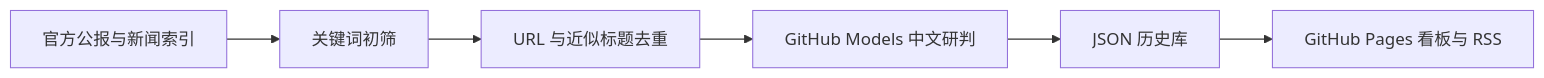
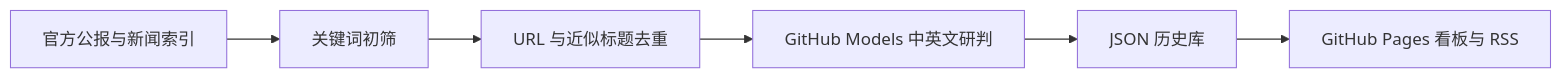
The diagram in README.md (Davidzhu511/china-steel-policy-watch), drawn with Mermaid before and after one commit. The commit also changed other lines of this file and 8 other files, not shown here.

````diff
--- a/README.md
+++ b/README.md
@@ -63,8 +64,8 @@
 ```mermaid
 flowchart LR
   A[官方公报与新闻索引] --> B[关键词初筛]
   B --> C[URL 与近似标题去重]
-  C --> D[GitHub Models 中文研判]
+  C --> D[GitHub Models 中英文研判]
   D --> E[JSON 历史库]
   E --> F[GitHub Pages 看板与 RSS]
 ```
````
